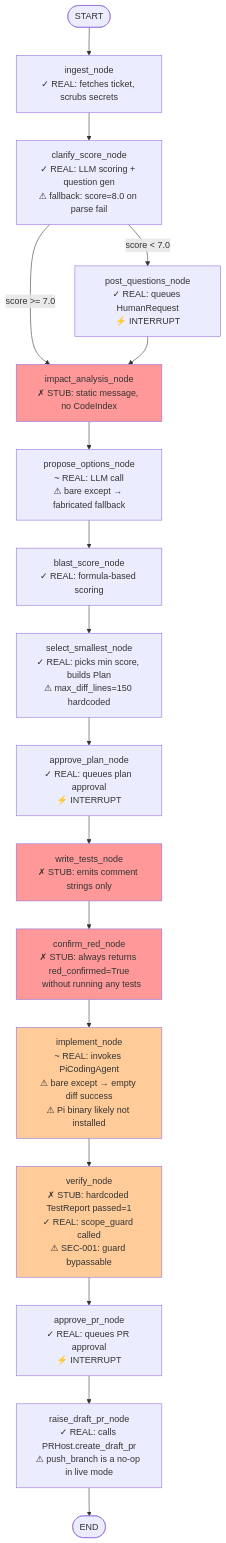
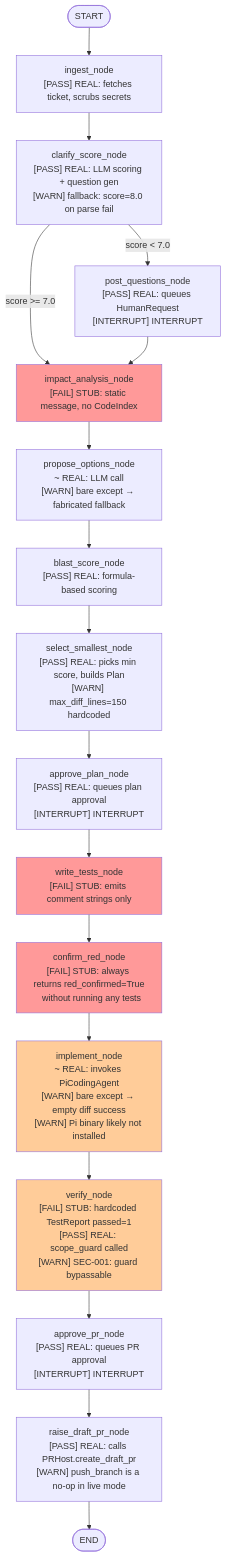
The diagram in audit/ARCHITECTURE_NOTES.md (faraz-wq/SDLC-Azure), drawn with Mermaid before and after one commit. The commit also changed other lines of this file and 12 other files, not shown here.

````diff
--- a/audit/ARCHITECTURE_NOTES.md
+++ b/audit/ARCHITECTURE_NOTES.md
@@ -16,39 +16,39 @@
 ```mermaid
 flowchart TD
     START([START]) --> ingest
-    ingest["ingest_node\n✓ REAL: fetches ticket, scrubs secrets"]
+    ingest["ingest_node\n[PASS] REAL: fetches ticket, scrubs secrets"]
     ingest --> clarify_score
-    clarify_score["clarify_score_node\n✓ REAL: LLM scoring + question gen\n⚠ fallback: score=8.0 on parse fail"]
+    clarify_score["clarify_score_node\n[PASS] REAL: LLM scoring + question gen\n[WARN] fallback: score=8.0 on parse fail"]
     clarify_score -->|score < 7.0| post_questions
     clarify_score -->|score >= 7.0| impact_analysis
-    post_questions["post_questions_node\n✓ REAL: queues HumanRequest\n⚡ INTERRUPT"]
+    post_questions["post_questions_node\n[PASS] REAL: queues HumanRequest\n[INTERRUPT] INTERRUPT"]
     post_questions --> impact_analysis
-    impact_analysis["impact_analysis_node\n✗ STUB: static message, no CodeIndex"]
+    impact_analysis["impact_analysis_node\n[FAIL] STUB: static message, no CodeIndex"]
     impact_analysis --> propose_options
-    propose_options["propose_options_node\n~ REAL: LLM call\n⚠ bare except → fabricated fallback"]
+    propose_options["propose_options_node\n~ REAL: LLM call\n[WARN] bare except → fabricated fallback"]
     propose_options --> blast_score
-    blast_score["blast_score_node\n✓ REAL: formula-based scoring"]
+    blast_score["blast_score_node\n[PASS] REAL: formula-based scoring"]
     blast_score --> select_smallest
-    select_smallest["select_smallest_node\n✓ REAL: picks min score, builds Plan\n⚠ max_diff_lines=150 hardcoded"]
+    select_smallest["select_smallest_node\n[PASS] REAL: picks min score, builds Plan\n[WARN] max_diff_lines=150 hardcoded"]
     select_smallest --> approve_plan
-    approve_plan["approve_plan_node\n✓ REAL: queues plan approval\n⚡ INTERRUPT"]
+    approve_plan["approve_plan_node\n[PASS] REAL: queues plan approval\n[INTERRUPT] INTERRUPT"]
     approve_plan --> write_tests
-    write_tests["write_tests_node\n✗ STUB: emits comment strings only"]
+    write_tests["write_tests_node\n[FAIL] STUB: emits comment strings only"]
     write_tests --> confirm_red
-    confirm_red["confirm_red_node\n✗ STUB: always returns red_confirmed=True\n  without running any tests"]
+    confirm_red["confirm_red_node\n[FAIL] STUB: always returns red_confirmed=True\n  without running any tests"]
     confirm_red --> implement
-    implement["implement_node\n~ REAL: invokes PiCodingAgent\n⚠ bare except → empty diff success\n⚠ Pi binary likely not installed"]
+    implement["implement_node\n~ REAL: invokes PiCodingAgent\n[WARN] bare except → empty diff success\n[WARN] Pi binary likely not installed"]
     implement --> verify
-    verify["verify_node\n✗ STUB: hardcoded TestReport passed=1\n✓ REAL: scope_guard called\n⚠ SEC-001: guard bypassable"]
+    verify["verify_node\n[FAIL] STUB: hardcoded TestReport passed=1\n[PASS] REAL: scope_guard called\n[WARN] SEC-001: guard bypassable"]
     verify --> approve_pr
-    approve_pr["approve_pr_node\n✓ REAL: queues PR approval\n⚡ INTERRUPT"]
+    approve_pr["approve_pr_node\n[PASS] REAL: queues PR approval\n[INTERRUPT] INTERRUPT"]
     approve_pr --> raise_draft_pr
-    raise_draft_pr["raise_draft_pr_node\n✓ REAL: calls PRHost.create_draft_pr\n⚠ push_branch is a no-op in live mode"]
+    raise_draft_pr["raise_draft_pr_node\n[PASS] REAL: calls PRHost.create_draft_pr\n[WARN] push_branch is a no-op in live mode"]
     raise_draft_pr --> END([END])
 
     style impact_analysis fill:#ff9999
     style write_tests fill:#ff9999
     style confirm_red fill:#ff9999
     style verify fill:#ffcc99
     style implement fill:#ffcc99
 ```
````
